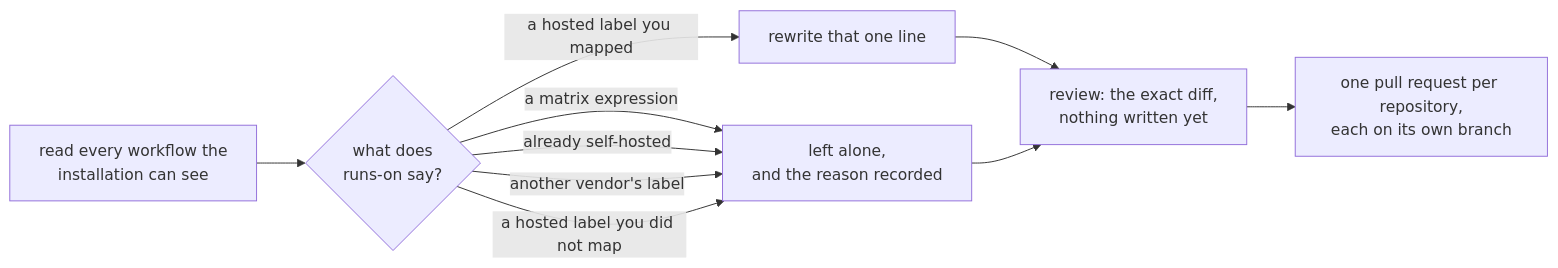
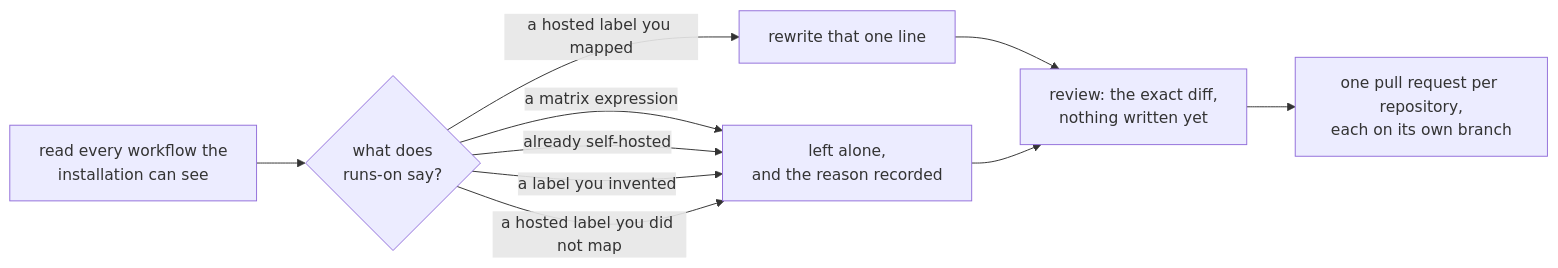
Before and after one commit to eyupio/Zoomies: the diagram in docs/migration.md, drawn with Mermaid. The commit also changed other lines of this file and 21 other files, not shown here.

````diff
--- a/docs/migration.md
+++ b/docs/migration.md
@@ -24,12 +28,12 @@
 ```mermaid
 flowchart LR
     read["read every workflow the<br/>installation can see"] --> dec{"what does<br/>runs-on say?"}
     dec -->|"a hosted label you mapped"| rw["rewrite that one line"]
     dec -->|"a matrix expression"| skip["left alone,<br/>and the reason recorded"]
     dec -->|"already self-hosted"| skip
-    dec -->|"another vendor's label"| skip
+    dec -->|"a label you invented"| skip
     dec -->|"a hosted label you did not map"| skip
     rw --> rev["review: the exact diff,<br/>nothing written yet"]
     skip --> rev
     rev --> pr["one pull request per repository,<br/>each on its own branch"]
 ```
````
